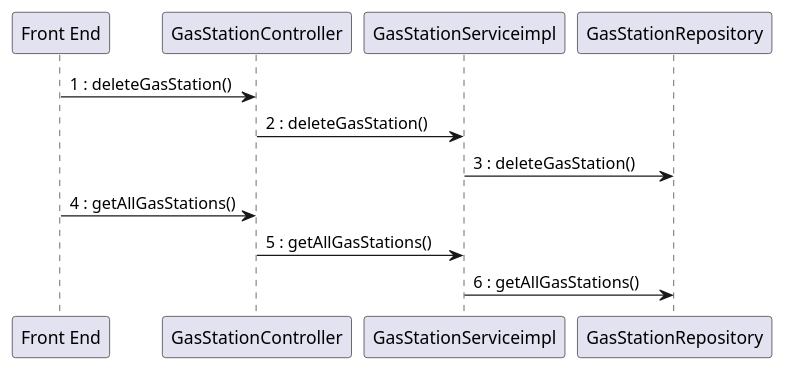
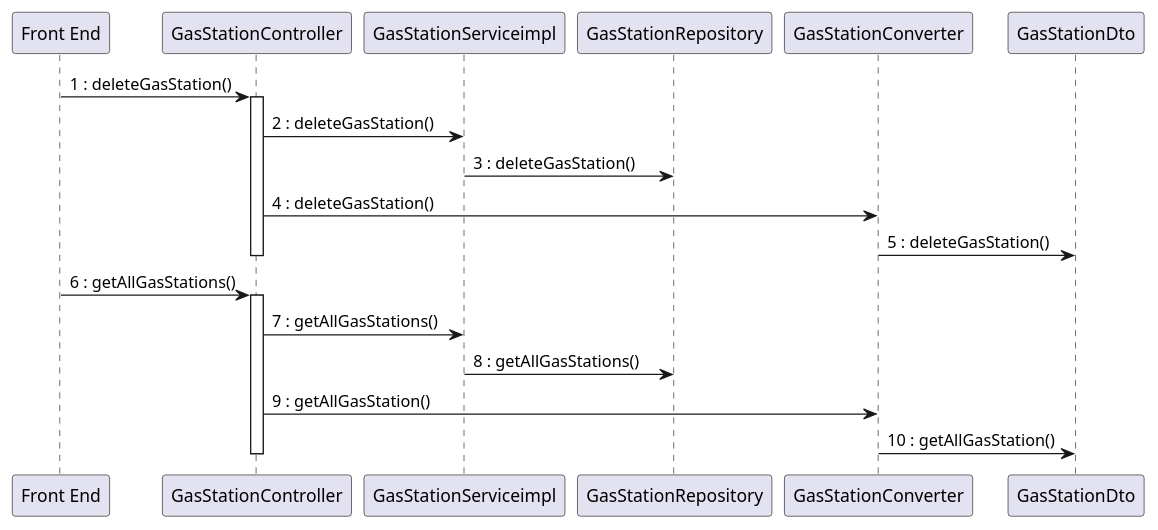
One commit to mosTavassoli/ezgas changed the tenth of 15 diagrams in docs/DesignDocument.md. Above: the diagram before and after it, drawn with PlantUML. The commit also changed other lines of this file, not shown here.

Commit message:
docs(DesignDocument): fix traceability matrix, improve sequence diagrams and fill class diagram classes with methods and attributes

````diff
--- a/docs/DesignDocument.md
+++ b/docs/DesignDocument.md
@@ -393,15 +573,27 @@
 ```plantuml
 
 "Front End" -> GasStationController:1 : deleteGasStation()
+activate GasStationController
 
 GasStationController -> GasStationServiceimpl:2 : deleteGasStation()
 
-
 GasStationServiceimpl -> GasStationRepository:3 : deleteGasStation()
 
-"Front End" -> GasStationController :4 : getAllGasStations()
+GasStationController -> GasStationConverter:4 : deleteGasStation()
 
-GasStationController -> GasStationServiceimpl :5 : getAllGasStations()
+GasStationConverter -> GasStationDto:5 : deleteGasStation()
+deactivate GasStationController
 
-GasStationServiceimpl -> GasStationRepository :6 : getAllGasStations()
+"Front End" -> GasStationController :6 : getAllGasStations()
+activate GasStationController
+
+GasStationController -> GasStationServiceimpl :7 : getAllGasStations()
+
+GasStationServiceimpl -> GasStationRepository :8 : getAllGasStations()
+
+GasStationController -> GasStationConverter:9 : getAllGasStation()
+
+GasStationConverter -> GasStationDto:10 : getAllGasStation()
+deactivate GasStationController
+
 ```
````
